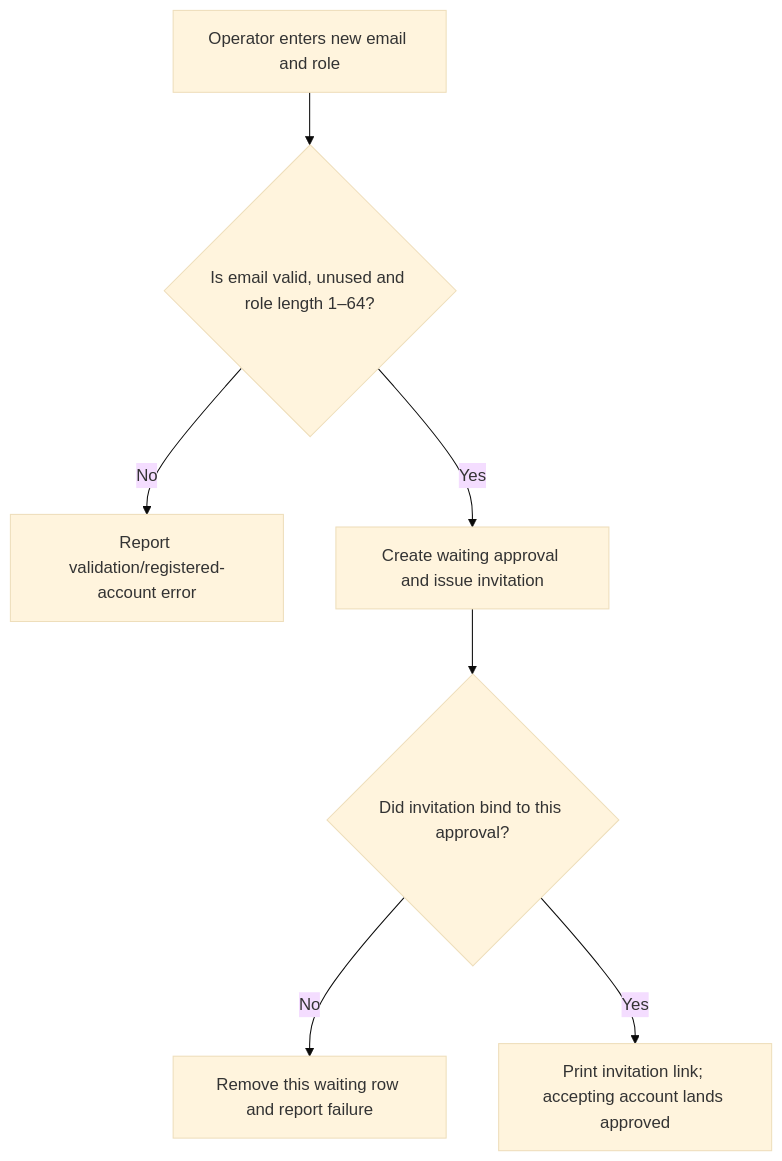
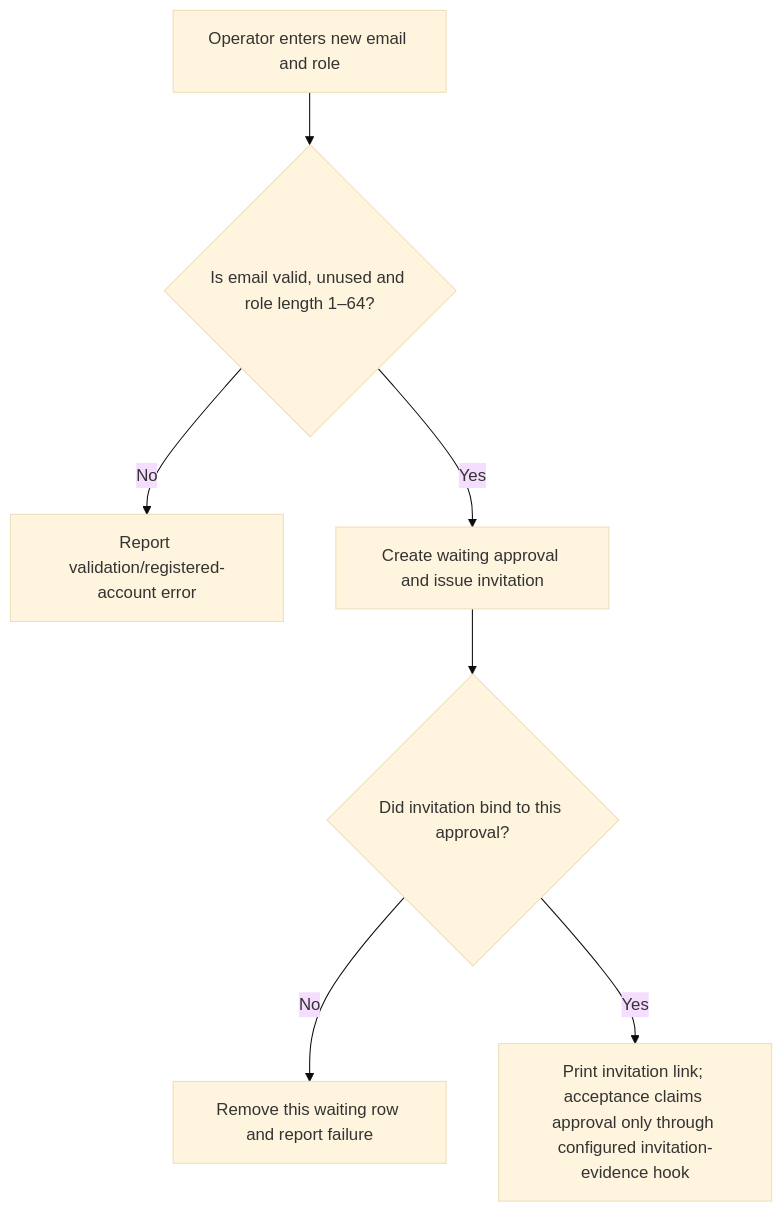
Before and after one commit to Kevinjohn/oss-adonisjs-account-kit: the first of 2 diagrams in user-stories/US-ACCOUNT-46-bootstrap-first-administrator.md, drawn with Mermaid (base theme). The commit also changed other lines of this file and 17 other files, not shown here.

````diff
--- a/user-stories/US-ACCOUNT-46-bootstrap-first-administrator.md
+++ b/user-stories/US-ACCOUNT-46-bootstrap-first-administrator.md
@@ -19,9 +19,9 @@
 ```mermaid
 flowchart TD
  A["Operator enters new email and role"] --> B{"Is email valid, unused and role length 1–64?"}
  B -->|No| C["Report validation/registered-account error"]
  B -->|Yes| D["Create waiting approval and issue invitation"]
  D --> E{"Did invitation bind to this approval?"}
  E -->|No| F["Remove this waiting row and report failure"]
- E -->|Yes| G["Print invitation link; accepting account lands approved"]
+ E -->|Yes| G["Print invitation link; acceptance claims approval only through configured invitation-evidence hook"]
 ```
````
